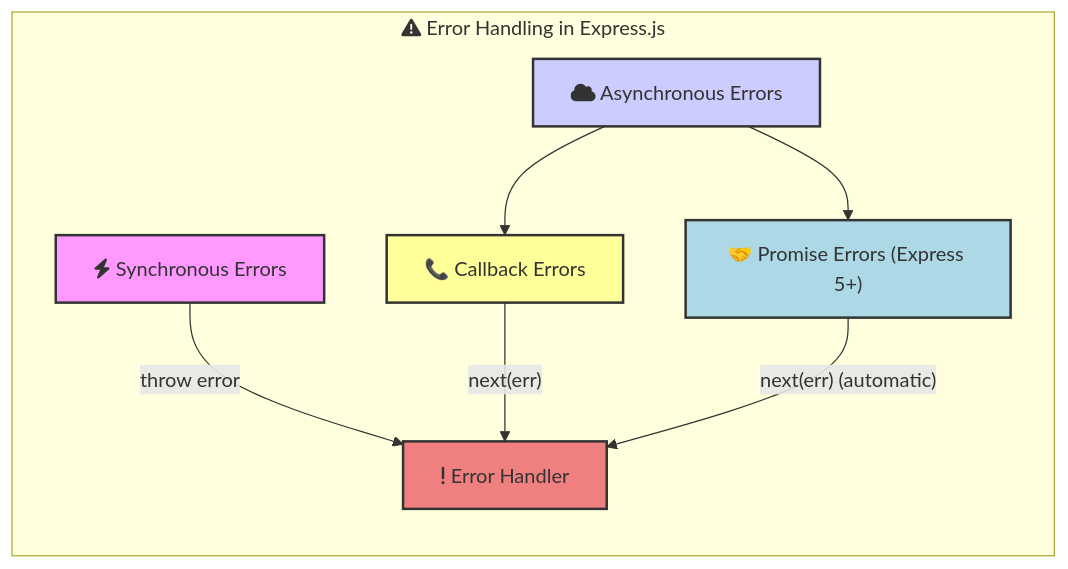
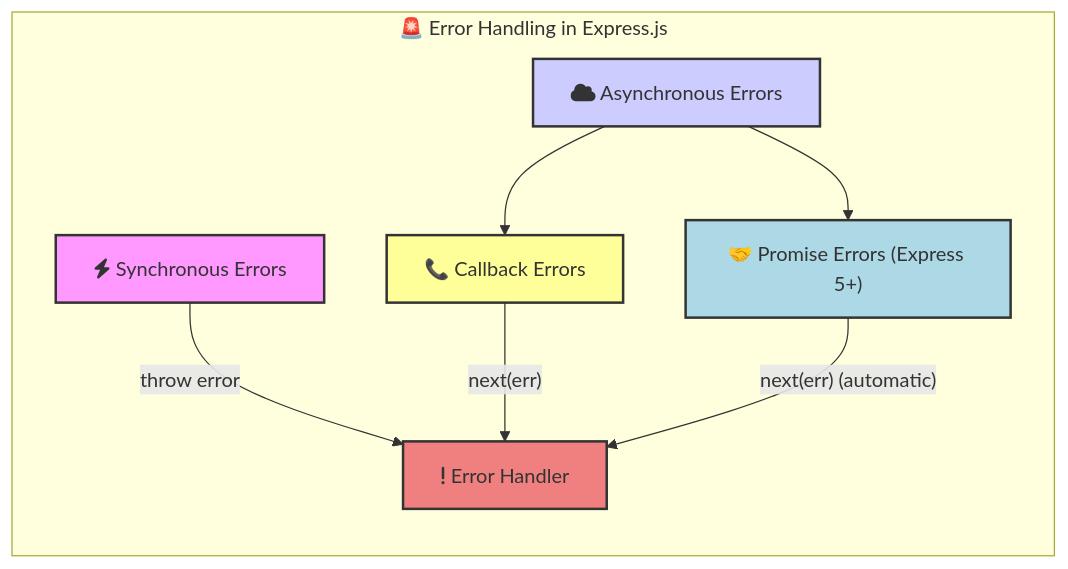
The eighth of 12 diagrams in _posts/2024-07-15-expressjs-summary.md (kelvin-bz/blog), drawn with Mermaid before and after one commit. The commit also changed other lines of this file, not shown here.

Commit message:
Add Q&A for express

````diff
--- a/_posts/2024-07-15-expressjs-summary.md
+++ b/_posts/2024-07-15-expressjs-summary.md
@@ -369,22 +371,22 @@
 ```mermaid
 graph LR
-    subgraph ErrorHandling["fa:fa-exclamation-triangle Error Handling in Express.js"]
+    subgraph ErrorHandling["🚨 Error Handling in Express.js"]
         SynchronousErrors["fa:fa-bolt Synchronous Errors"]
         AsynchronousErrors["fa:fa-cloud Asynchronous Errors"]
         CallbackErrors["📞 Callback Errors"]
         PromiseErrors["🤝 Promise Errors (Express 5+)"]
         ErrorHandler["fa:fa-exclamation Error Handler"]
     end
 
     SynchronousErrors -->|throw error| ErrorHandler
     AsynchronousErrors --> CallbackErrors
     AsynchronousErrors --> PromiseErrors
     CallbackErrors --> |"next(err)"| ErrorHandler
     PromiseErrors --> |"next(err) (automatic)"| ErrorHandler
 
     style SynchronousErrors fill:#f9f,stroke:#333,stroke-width:2px
     style AsynchronousErrors fill:#ccf,stroke:#333,stroke-width:2px
     style CallbackErrors fill:#ff9,stroke:#333,stroke-width:2px
     style PromiseErrors fill:#add8e6,stroke:#333,stroke-width:2px
     style ErrorHandler fill:#f08080,stroke:#333,stroke-width:2px
 ```
````
